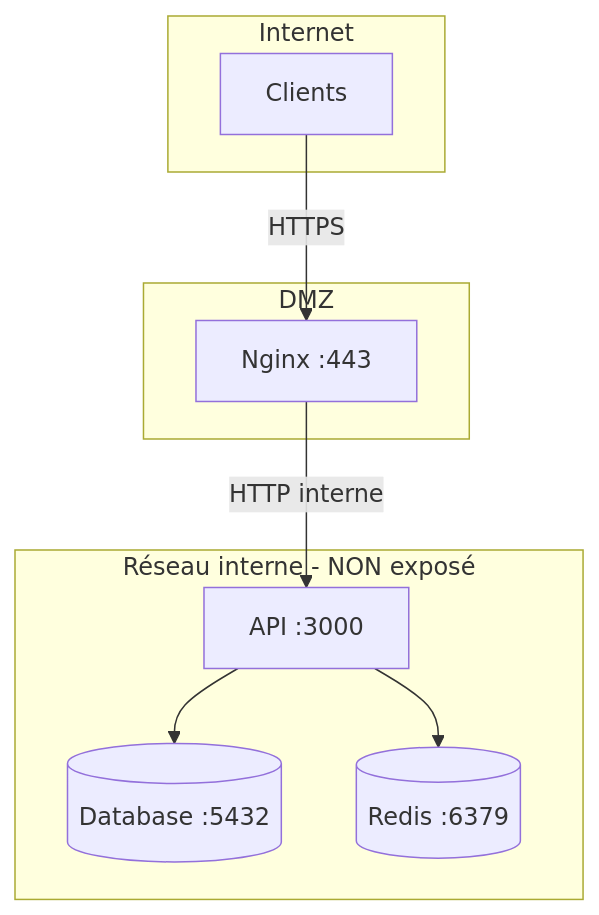
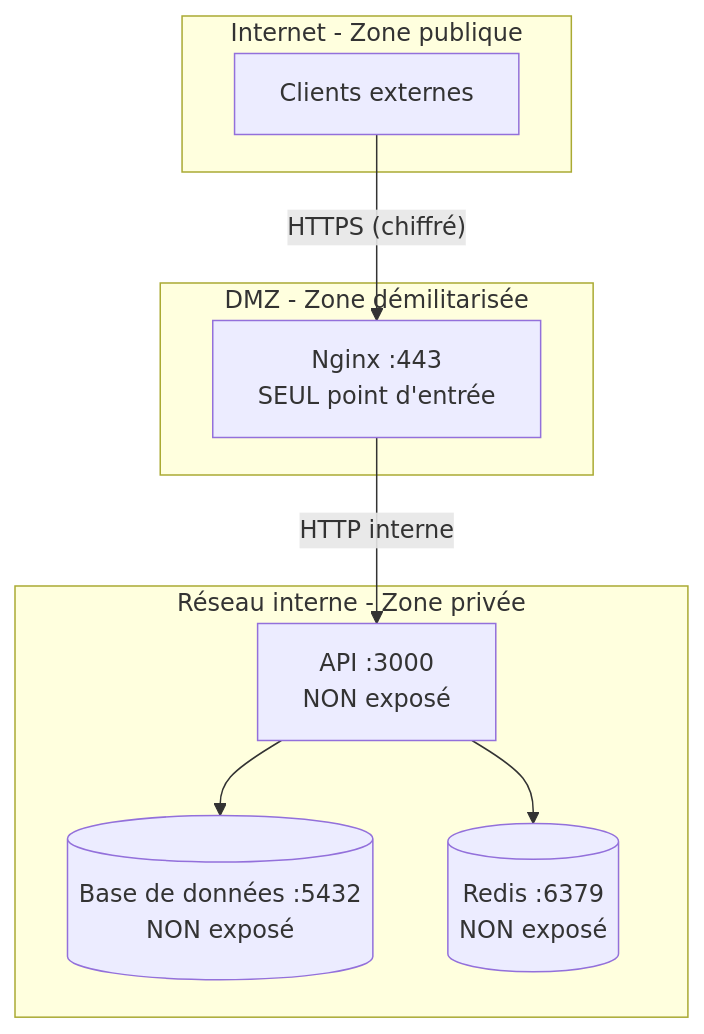
One commit to haythem-rehouma/deploiement-de-solutions-de-donnees changed the fifth of 8 diagrams in 04-docker-swarm-nginx/10-nginx-load-balancer-securite.md. Above: the diagram before and after it, drawn with Mermaid. The commit also changed other lines of this file and 9 other files, not shown here.

````diff
--- a/04-docker-swarm-nginx/10-nginx-load-balancer-securite.md
+++ b/04-docker-swarm-nginx/10-nginx-load-balancer-securite.md
@@ -229,21 +308,21 @@
 ```mermaid
 graph TB
-    subgraph "Internet"
-        CLIENT[Clients]
+    subgraph "Internet - Zone publique"
+        CLIENT[Clients externes]
     end
     
-    subgraph "DMZ"
-        NGINX[Nginx :443]
+    subgraph "DMZ - Zone démilitarisée"
+        NGINX["Nginx :443<br/>SEUL point d'entrée"]
     end
     
-    subgraph "Réseau interne - NON exposé"
-        API[API :3000]
-        DB[(Database :5432)]
-        REDIS[(Redis :6379)]
+    subgraph "Réseau interne - Zone privée"
+        API["API :3000<br/>NON exposé"]
+        DB[("Base de données :5432<br/>NON exposé")]
+        REDIS[("Redis :6379<br/>NON exposé")]
     end
     
-    CLIENT -->|HTTPS| NGINX
-    NGINX -->|HTTP interne| API
+    CLIENT -->|"HTTPS (chiffré)"| NGINX
+    NGINX -->|"HTTP interne"| API
     API --> DB
     API --> REDIS
 ```
````
